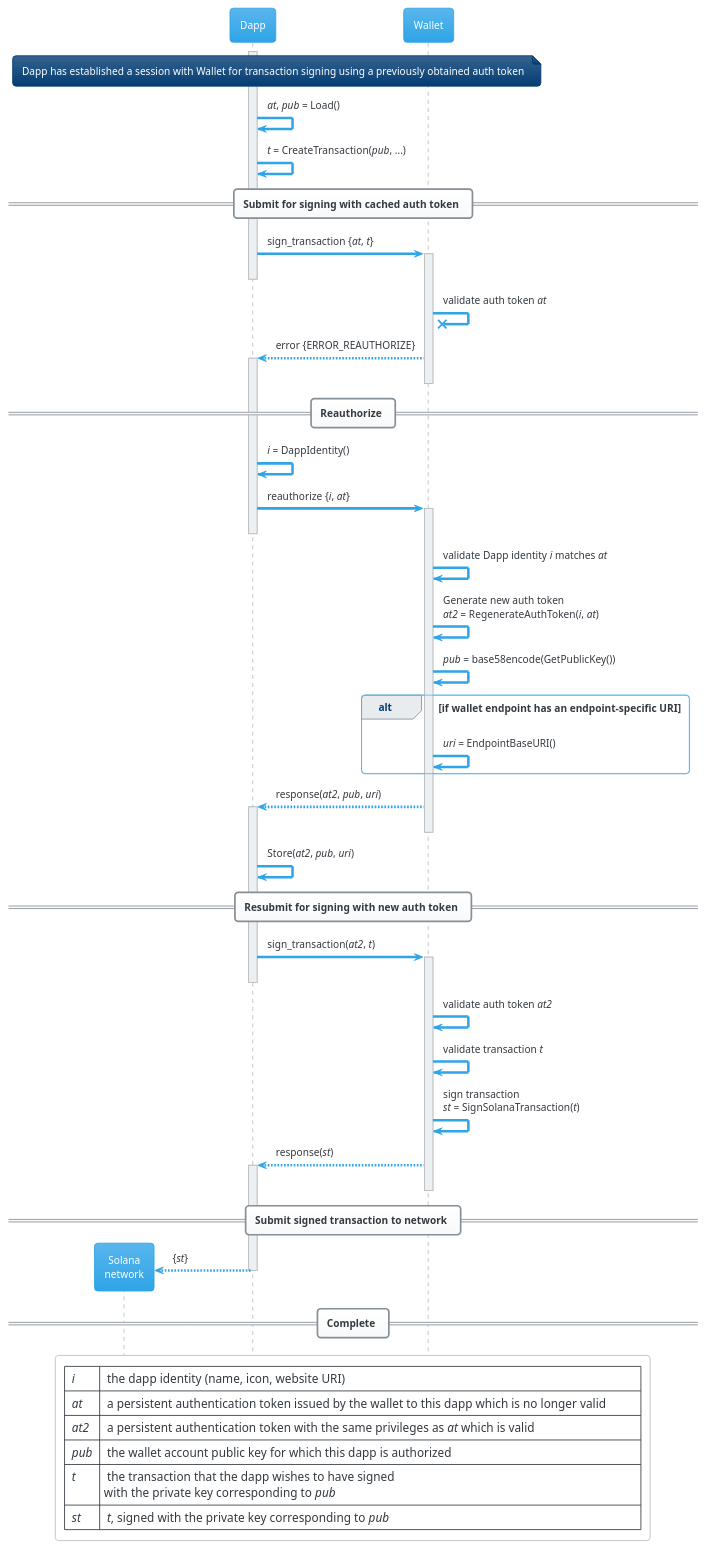
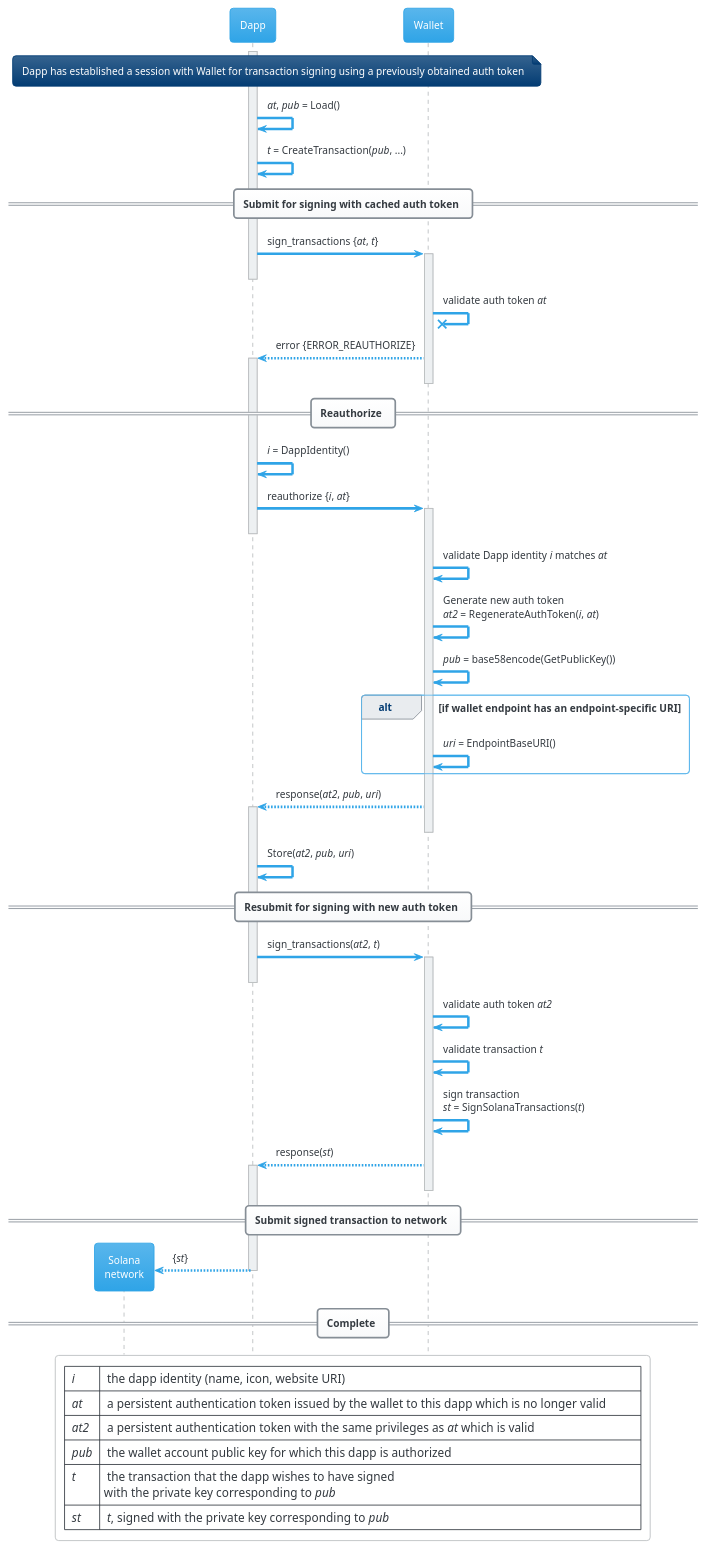
One commit to solana-mobile/mobile-wallet-adapter changed the diagram in spec/_diagrams/reauthorize_and_sign.plantuml. Above: the diagram before and after it, drawn with PlantUML. The commit also changed 3 other files, not shown here.

```diff
--- a/spec/_diagrams/reauthorize_and_sign.plantuml
+++ b/spec/_diagrams/reauthorize_and_sign.plantuml
@@ -1,62 +1,62 @@
 @startuml
 
 !theme cerulean
 skinparam backgroundColor #FFFFFF
 
 hide footbox
 
 participant Solana as "Solana\nnetwork"
 participant Dapp
 participant Wallet
 
 note across : Dapp has established a session with Wallet for transaction signing using a previously obtained auth token
 
 activate Dapp
 
 Dapp -> Dapp : <i>at</i>, <i>pub</i> = Load()
 Dapp -> Dapp : <i>t</i> = CreateTransaction(<i>pub</i>, ...)
 
 == Submit for signing with cached auth token ==
 
-Dapp -> Wallet ++-- : sign_transaction {<i>at</i>, <i>t</i>}
+Dapp -> Wallet ++-- : sign_transactions {<i>at</i>, <i>t</i>}
 Wallet -X Wallet : validate auth token <i>at</i>
 Wallet --> Dapp ++-- : error {ERROR_REAUTHORIZE}
 
 == Reauthorize ==
 
 Dapp -> Dapp : <i>i</i> = DappIdentity()
 Dapp -> Wallet ++-- : reauthorize {<i>i</i>, <i>at</i>}
 Wallet -> Wallet : validate Dapp identity <i>i</i> matches <i>at</i>
 Wallet -> Wallet : Generate new auth token\n<i>at2</i> = RegenerateAuthToken(<i>i</i>, <i>at</i>)
 Wallet -> Wallet : <i>pub</i> = base58encode(GetPublicKey())
 alt if wallet endpoint has an endpoint-specific URI
     Wallet -> Wallet : <i>uri</i> = EndpointBaseURI() 
 end
 Wallet --> Dapp ++-- : response(<i>at2</i>, <i>pub</i>, <i>uri</i>)
 Dapp -> Dapp : Store(<i>at2</i>, <i>pub</i>, <i>uri</i>)
 
 == Resubmit for signing with new auth token ==
 
-Dapp -> Wallet ++-- : sign_transaction(<i>at2</i>, <i>t</i>)
+Dapp -> Wallet ++-- : sign_transactions(<i>at2</i>, <i>t</i>)
 Wallet -> Wallet : validate auth token <i>at2</i>
 Wallet -> Wallet : validate transaction <i>t</i>
-Wallet -> Wallet : sign transaction\n<i>st</i> = SignSolanaTransaction(<i>t</i>)
+Wallet -> Wallet : sign transaction\n<i>st</i> = SignSolanaTransactions(<i>t</i>)
 Wallet --> Dapp ++-- : response(<i>st</i>)
 
 == Submit signed transaction to network ==
 
 create Solana
 Dapp --> Solana -- : {<i>st</i>}
 
 == Complete ==
 
 legend
 | <i>i</i>   | the dapp identity (name, icon, website URI)                                                           |
 | <i>at</i>  | a persistent authentication token issued by the wallet to this dapp which is no longer valid          |
 | <i>at2</i> | a persistent authentication token with the same privileges as <i>at</i> which is valid                |
 | <i>pub</i> | the wallet account public key for which this dapp is authorized                                       |
 | <i>t</i>   | the transaction that the dapp wishes to have signed\nwith the private key corresponding to <i>pub</i> |
 | <i>st</i>  | <i>t</i>, signed with the private key corresponding to <i>pub</i>                                     |
 end legend
 
 @enduml
```
